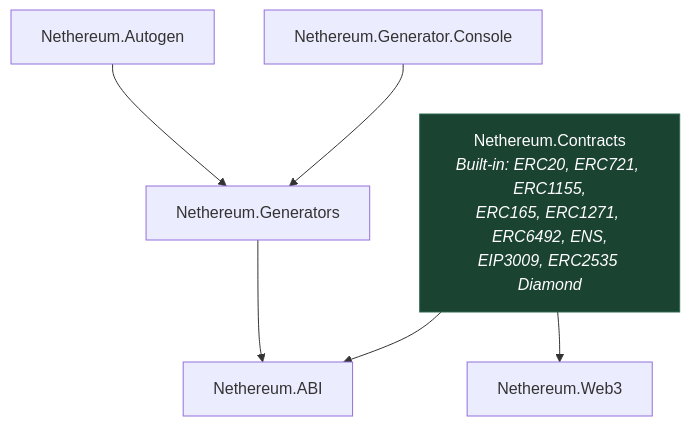
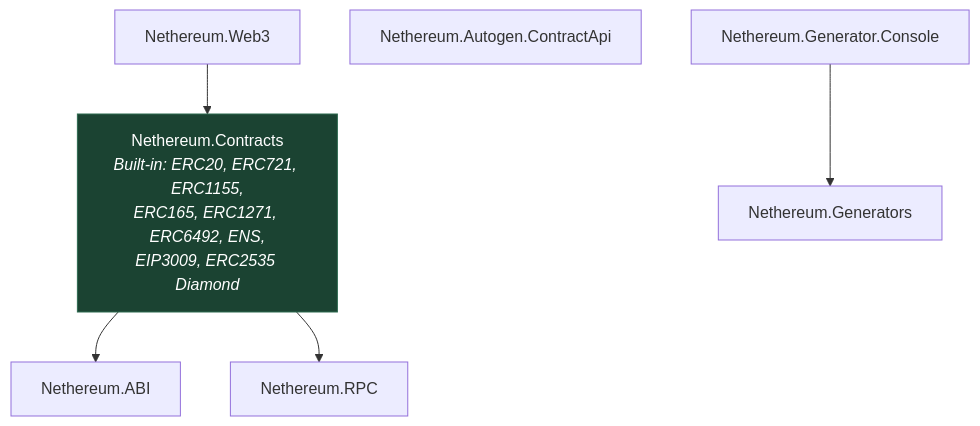
The fourth of 21 diagrams in docs/architecture.md (Nethereum/Nethereum.Documentation), drawn with Mermaid before and after one commit. The commit also changed other lines of this file and 6 other files, not shown here.

First line of the commit message:
Docs: fix getting-started, transport and architecture pages against source

````diff
--- a/docs/architecture.md
+++ b/docs/architecture.md
@@ -135,12 +135,12 @@
 ```mermaid
 graph TD
     Contracts["Nethereum.Contracts<br/><i>Built-in: ERC20, ERC721, ERC1155,<br/>ERC165, ERC1271, ERC6492, ENS,<br/>EIP3009, ERC2535 Diamond</i>"]
     Generator["Nethereum.Generator.Console"] --> Generators["Nethereum.Generators"]
-    Autogen["Nethereum.Autogen"] --> Generators
+    Autogen["Nethereum.Autogen.ContractApi"]
 
     Contracts --> ABI["Nethereum.ABI"]
-    Contracts --> Web3["Nethereum.Web3"]
-    Generators --> ABI
+    Web3["Nethereum.Web3"] --> Contracts
+    Contracts --> RPC["Nethereum.RPC"]
 
     style Contracts fill:#1b4332,stroke:#2d6a4f,color:#fff
 ```
````
